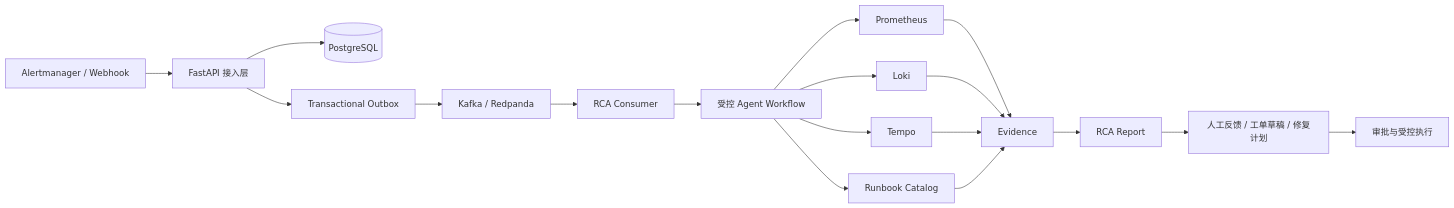
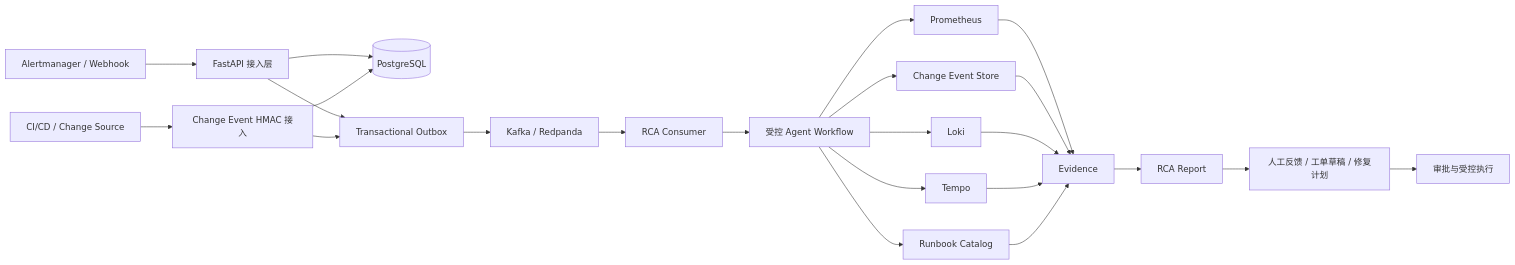
Before and after one commit to ikang2001/devops-agent-platform: the diagram in README.md, drawn with Mermaid. The commit also changed other lines of this file and 70 other files, not shown here.

````diff
--- a/README.md
+++ b/README.md
@@ -66,20 +67,25 @@
 ```mermaid
 flowchart LR
     A[Alertmanager / Webhook] --> B[FastAPI 接入层]
+    A2[CI/CD / Change Source] --> B2[Change Event HMAC 接入]
     B --> C[(PostgreSQL)]
+    B2 --> C
     B --> D[Transactional Outbox]
+    B2 --> D
     D --> E[Kafka / Redpanda]
     E --> F[RCA Consumer]
     F --> G[受控 Agent Workflow]
     G --> H[Prometheus]
+    G --> H2[Change Event Store]
     G --> I[Loki]
     G --> J[Tempo]
     G --> K[Runbook Catalog]
     H --> L[Evidence]
+    H2 --> L
     I --> L
     J --> L
     K --> L
     L --> M[RCA Report]
     M --> N[人工反馈 / 工单草稿 / 修复计划]
     N --> O[审批与受控执行]
 ```
````
